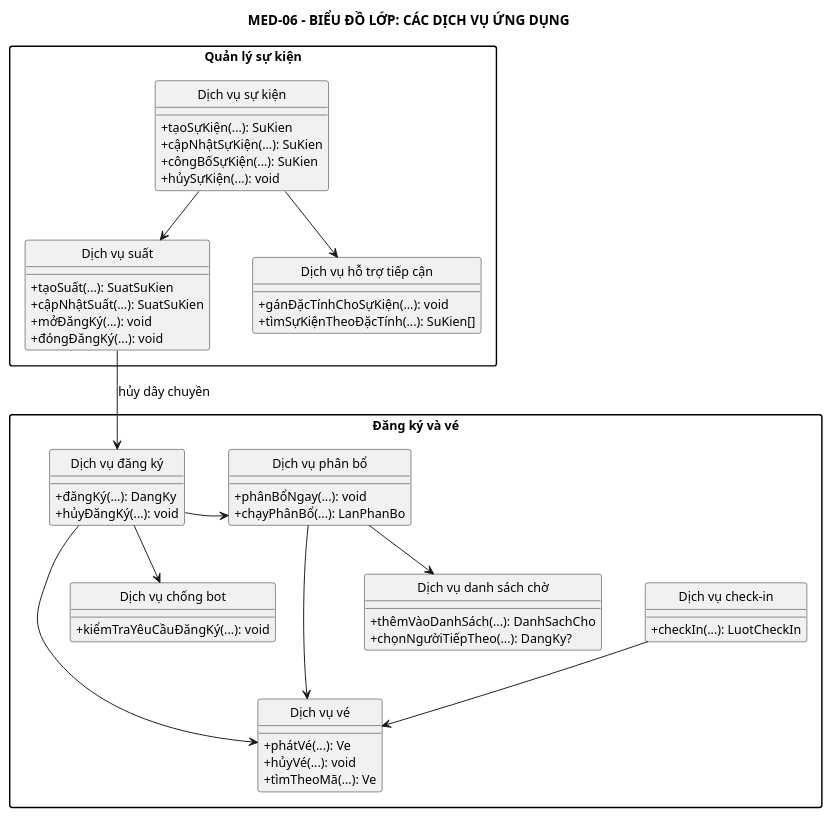
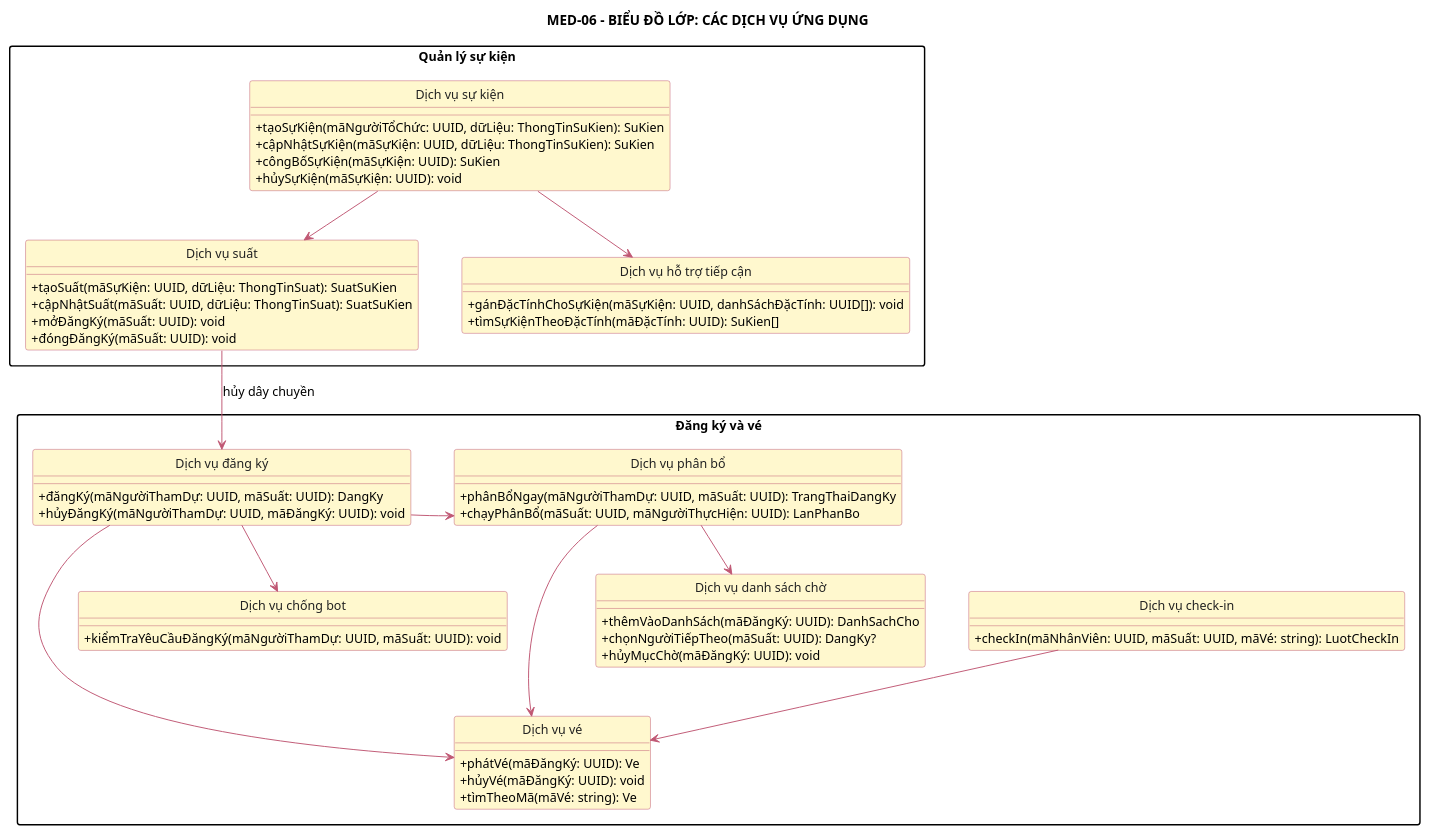
Before and after one commit to anh632k-ui/OOP-DoAn: the diagram in PTTK/03_ClassDiagram/02-class-diagram-services.puml, drawn with PlantUML. The commit also changed 5 other files, not shown here.

Commit message:
fix(pttk): liên kết Class, đồng bộ Service, ERD tổng 11 bảng theo mẫu Bài 6

```diff
--- a/PTTK/03_ClassDiagram/02-class-diagram-services.puml
+++ b/PTTK/03_ClassDiagram/02-class-diagram-services.puml
@@ -1,75 +1,81 @@
 @startuml
+skinparam class {
+ BackgroundColor #FFF8CE
+ BorderColor #C05773
+ ArrowColor #C05773
+ FontColor #222222
+}
 top to bottom direction
-skinparam monochrome true
 skinparam shadowing false
 skinparam classAttributeIconSize 0
 skinparam defaultFontSize 13
 skinparam packageStyle rectangle
 skinparam nodesep 45
 skinparam ranksep 50
 hide circle
 hide stereotypes
 
 title MED-06 - BIỂU ĐỒ LỚP: CÁC DỊCH VỤ ỨNG DỤNG
 
 package "Quản lý sự kiện" {
   class "Dịch vụ sự kiện" as DVSuKien {
-    + tạoSựKiện(...): SuKien
-    + cậpNhậtSựKiện(...): SuKien
-    + côngBốSựKiện(...): SuKien
-    + hủySựKiện(...): void
+    + tạoSựKiện(mãNgườiTổChức: UUID, dữLiệu: ThongTinSuKien): SuKien
+    + cậpNhậtSựKiện(mãSựKiện: UUID, dữLiệu: ThongTinSuKien): SuKien
+    + côngBốSựKiện(mãSựKiện: UUID): SuKien
+    + hủySựKiện(mãSựKiện: UUID): void
   }
   class "Dịch vụ suất" as DVSuat {
-    + tạoSuất(...): SuatSuKien
-    + cậpNhậtSuất(...): SuatSuKien
-    + mởĐăngKý(...): void
-    + đóngĐăngKý(...): void
+    + tạoSuất(mãSựKiện: UUID, dữLiệu: ThongTinSuat): SuatSuKien
+    + cậpNhậtSuất(mãSuất: UUID, dữLiệu: ThongTinSuat): SuatSuKien
+    + mởĐăngKý(mãSuất: UUID): void
+    + đóngĐăngKý(mãSuất: UUID): void
   }
   class "Dịch vụ hỗ trợ tiếp cận" as DVHoTro {
-    + gánĐặcTínhChoSựKiện(...): void
-    + tìmSựKiệnTheoĐặcTính(...): SuKien[]
+    + gánĐặcTínhChoSựKiện(mãSựKiện: UUID, danhSáchĐặcTính: UUID[]): void
+    + tìmSựKiệnTheoĐặcTính(mãĐặcTính: UUID): SuKien[]
   }
   DVSuKien --> DVSuat
   DVSuKien --> DVHoTro
 }
 
 package "Đăng ký và vé" {
   class "Dịch vụ đăng ký" as DVDangKy {
-    + đăngKý(...): DangKy
-    + hủyĐăngKý(...): void
+    + đăngKý(mãNgườiThamDự: UUID, mãSuất: UUID): DangKy
+    + hủyĐăngKý(mãNgườiThamDự: UUID, mãĐăngKý: UUID): void
   }
   class "Dịch vụ chống bot" as DVChongBot {
-    + kiểmTraYêuCầuĐăngKý(...): void
+    + kiểmTraYêuCầuĐăngKý(mãNgườiThamDự: UUID, mãSuất: UUID): void
   }
   class "Dịch vụ phân bổ" as DVPhanBo {
-    + phânBổNgay(...): void
-    + chạyPhânBổ(...): LanPhanBo
+    + phânBổNgay(mãNgườiThamDự: UUID, mãSuất: UUID): TrangThaiDangKy
+    + chạyPhânBổ(mãSuất: UUID, mãNgườiThựcHiện: UUID): LanPhanBo
   }
   class "Dịch vụ danh sách chờ" as DVDanhSachCho {
-    + thêmVàoDanhSách(...): DanhSachCho
-    + chọnNgườiTiếpTheo(...): DangKy?
+    + thêmVàoDanhSách(mãĐăngKý: UUID): DanhSachCho
+    + chọnNgườiTiếpTheo(mãSuất: UUID): DangKy?
+    + hủyMụcChờ(mãĐăngKý: UUID): void
   }
   class "Dịch vụ vé" as DVVe {
-    + phátVé(...): Ve
-    + hủyVé(...): void
-    + tìmTheoMã(...): Ve
+    + phátVé(mãĐăngKý: UUID): Ve
+    + hủyVé(mãĐăngKý: UUID): void
+    + tìmTheoMã(mãVé: string): Ve
   }
   class "Dịch vụ check-in" as DVCheckIn {
-    + checkIn(...): LuotCheckIn
+    + checkIn(mãNhânViên: UUID, mãSuất: UUID, mãVé: string): LuotCheckIn
   }
 
   DVDangKy --> DVChongBot
   DVDangKy --> DVPhanBo
   DVPhanBo --> DVDanhSachCho
   DVPhanBo --> DVVe
   DVDangKy --> DVVe
   DVCheckIn --> DVVe
 
   DVDangKy -[hidden]right- DVPhanBo
   DVPhanBo -[hidden]right- DVVe
   DVChongBot -[hidden]right- DVDanhSachCho
   DVDanhSachCho -[hidden]right- DVCheckIn
 }
 
 DVSuat --> DVDangKy : hủy dây chuyền
 @enduml
```
